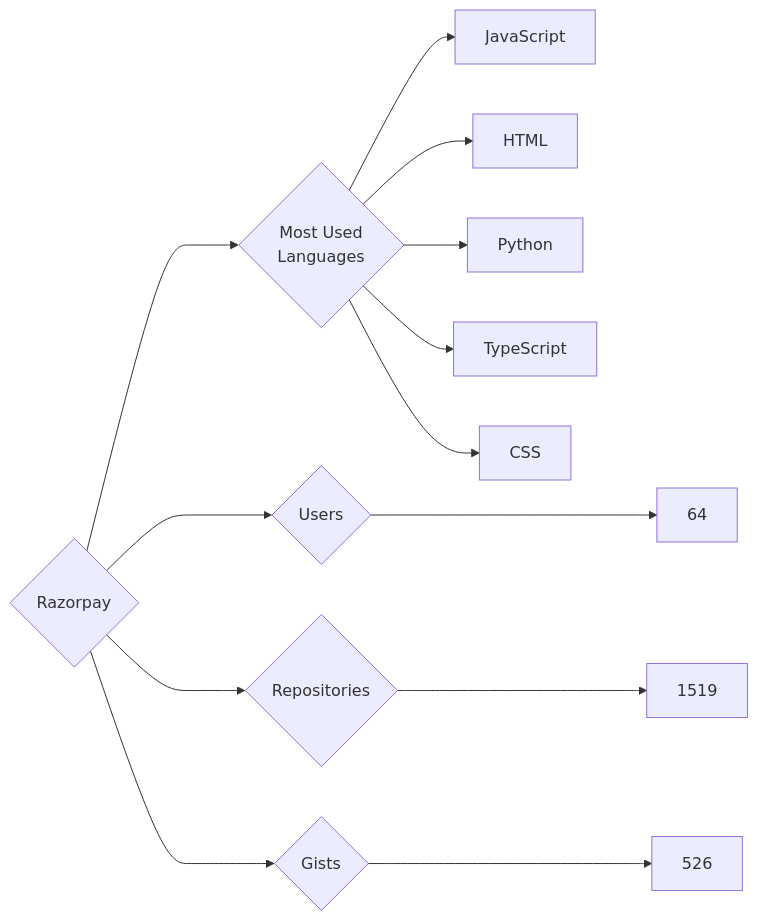
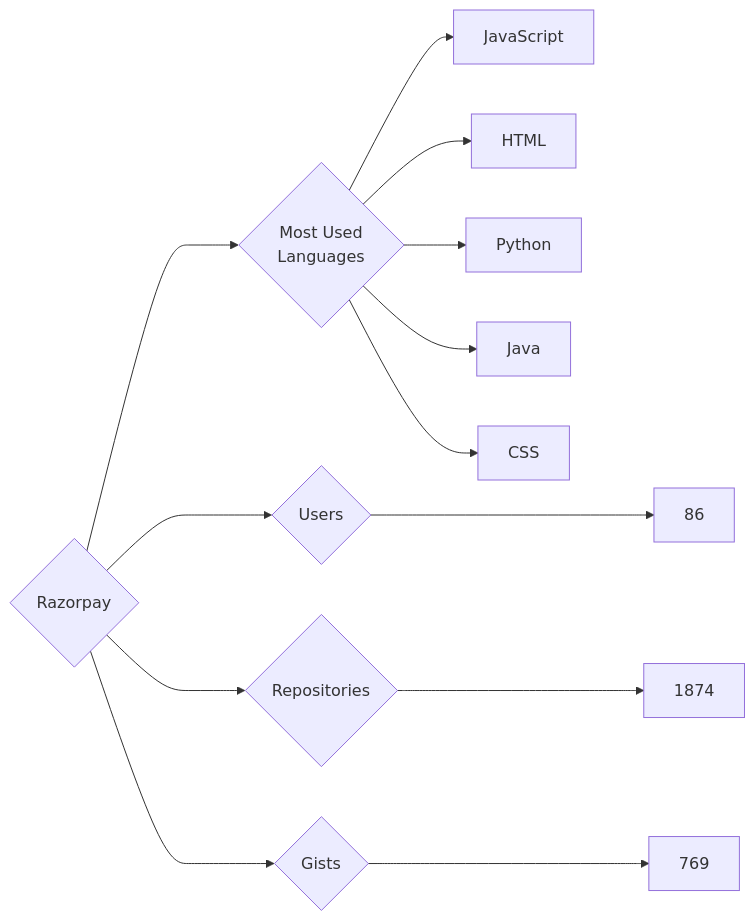
The diagram in targets/Razorpay/README.md (trickest/insiders), drawn with Mermaid before and after one commit. The commit also changed 1011 other files, not shown here.

````diff
--- a/targets/Razorpay/README.md
+++ b/targets/Razorpay/README.md
@@ -3,13 +3,13 @@
 ```mermaid
 graph LR
 COMPANY_NAME{Razorpay}
-COMPANY_NAME ---> U{Users} ---> UN[64]
-COMPANY_NAME ---> R{Repositories} ---> RN[1519]
-COMPANY_NAME ---> G{Gists} ---> GN[526]
+COMPANY_NAME ---> U{Users} ---> UN[86]
+COMPANY_NAME ---> R{Repositories} ---> RN[1874]
+COMPANY_NAME ---> G{Gists} ---> GN[769]
 COMPANY_NAME ---> ML{Most Used<br>Languages}
 ML --> JavaScript[JavaScript]
 ML --> HTML[HTML]
 ML --> Python[Python]
-ML --> TypeScript[TypeScript]
+ML --> Java[Java]
 ML --> CSS[CSS]
 ```
````
